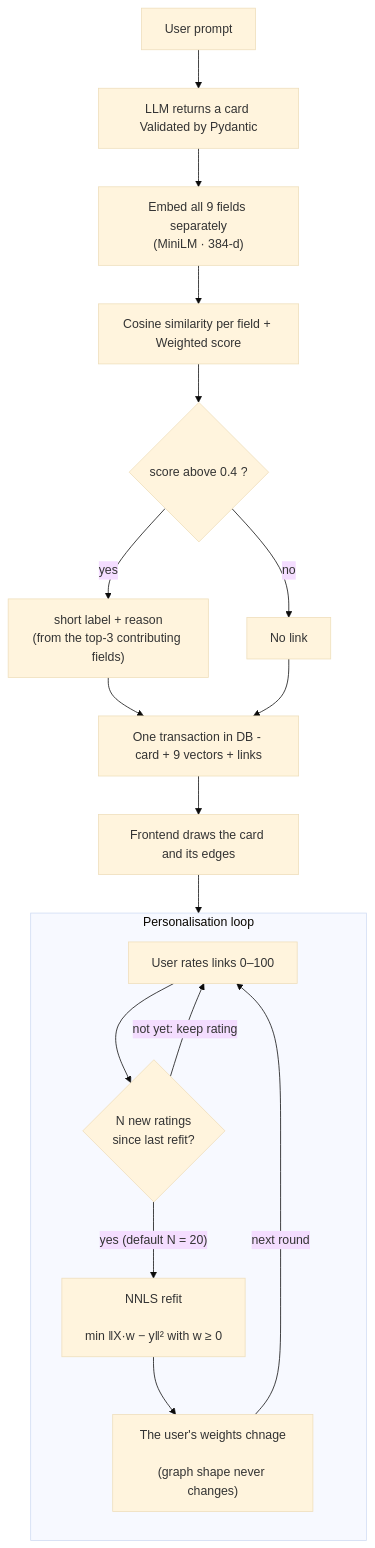
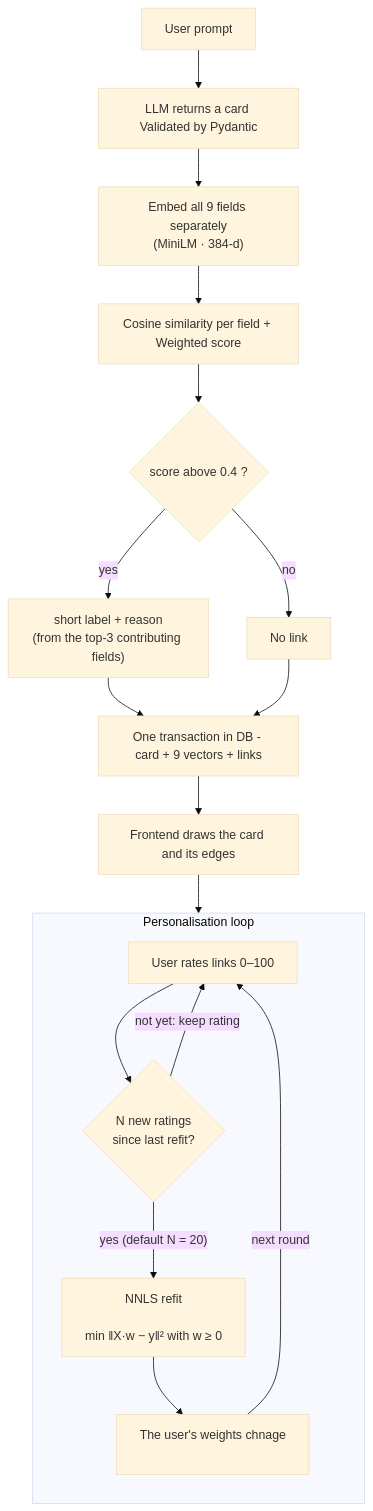
The first of 2 diagrams in README.md (Tanay-s5/Nautilus), drawn with Mermaid (base theme) before and after one commit. The commit also changed other lines of this file and 1 other file, not shown here.

````diff
--- a/README.md
+++ b/README.md
@@ -100,25 +90,25 @@
 ```mermaid
 flowchart TD
     A["User prompt"] --> B["LLM returns a card Validated by Pydantic"]
     
     B --> D[" Embed all 9 fields separately<br/>(MiniLM · 384-d)"]
     D --> E["Cosine similarity per field + Weighted score "]
     
     E --> G{"score above 0.4 ?"}
     G -- no --> H["No link"]
     G -- yes --> I["short label + reason<br/>(from the top-3 contributing fields)"]
     I --> J["One transaction in DB - card + 9 vectors + links"]
     H --> J
     J --> K["Frontend draws the card and its edges"]
 
     subgraph LOOP ["Personalisation loop"]
         direction TB
         L["User rates links 0–100"] --> M{"N new ratings<br/>since last refit?"}
         M -- "not yet: keep rating" --> L
         M -- "yes (default N = 20)" --> N["NNLS refit<br/></br>min ‖X·w − y‖²  with  w ≥ 0<br/>"]
-        N --> O["The user's weights chnage<br/><br/>(graph shape never changes)"]
+        N --> O["The user's weights chnage<br/><br/>"]
         O -- "next round" --> L
     end
 
     K --> L
 ```
````
